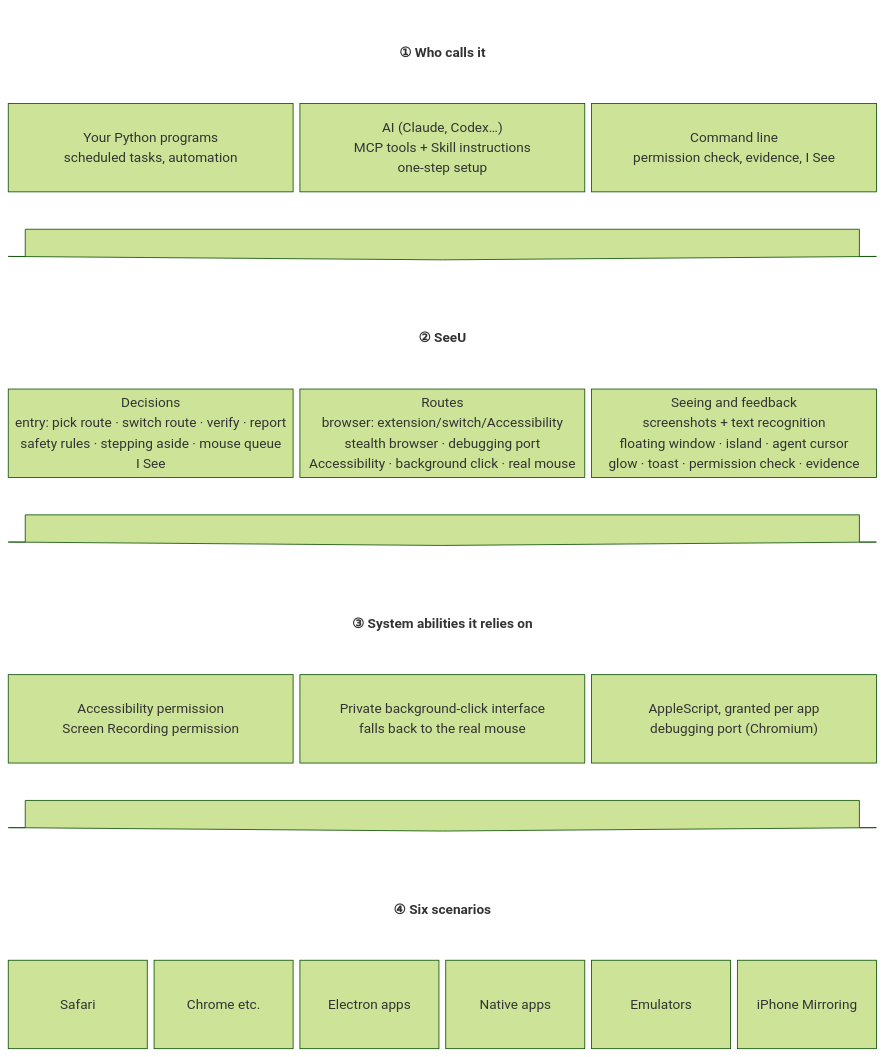
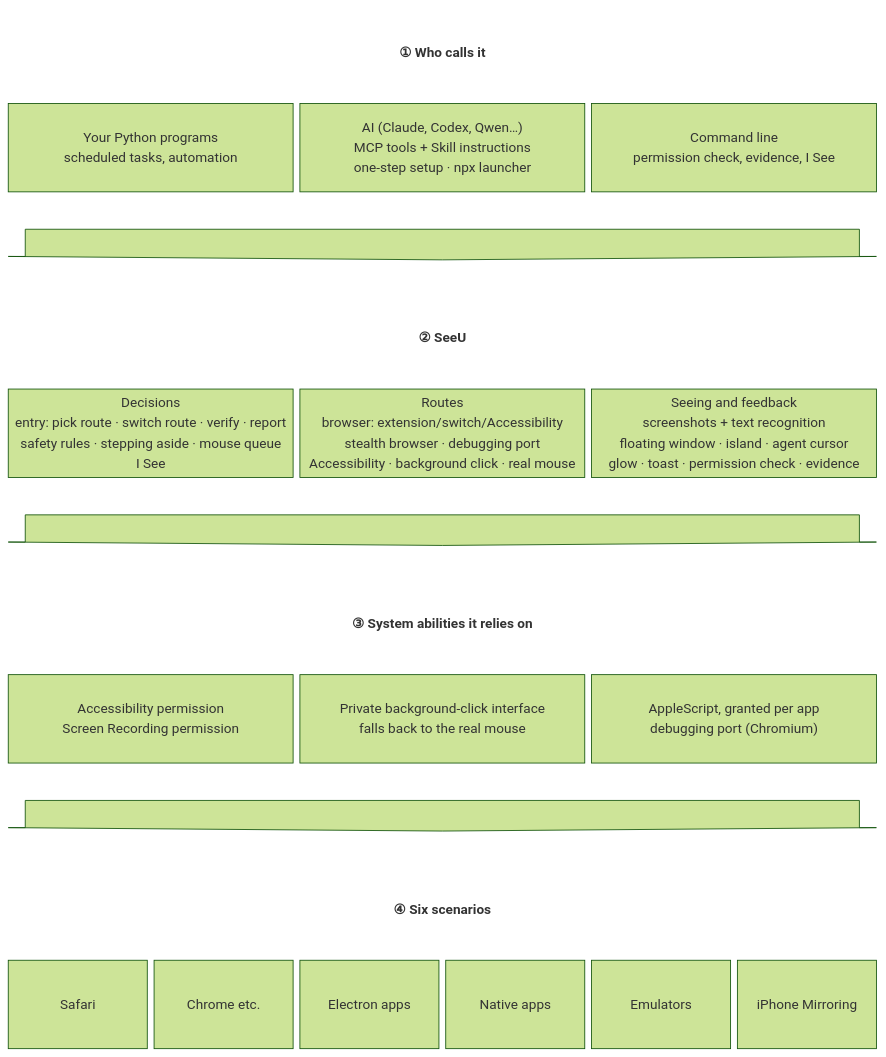
Before and after one commit to Mr-Bingoo/seeu-computeruse: the first of 13 diagrams in docs/SeeU-diagrams.md, drawn with Mermaid (forest theme). The commit also changed other lines of this file and 47 other files, not shown here.

````diff
--- a/docs/SeeU-diagrams.md
+++ b/docs/SeeU-diagrams.md
@@ -12,23 +16,23 @@
 ```mermaid
 block-beta
   columns 6
   H1["① Who calls it"]:6
   U1["Your Python programs<br/>scheduled tasks, automation"]:2
-  U2["AI (Claude, Codex…)<br/>MCP tools + Skill instructions<br/>one-step setup"]:2
+  U2["AI (Claude, Codex, Qwen…)<br/>MCP tools + Skill instructions<br/>one-step setup · npx launcher"]:2
   U3["Command line<br/>permission check, evidence, I See"]:2
   D1<["&nbsp;"]>(down):6
   H2["② SeeU"]:6
   J["Decisions<br/>entry: pick route · switch route · verify · report<br/>safety rules · stepping aside · mouse queue<br/>I See"]:2
   R["Routes<br/>browser: extension/switch/Accessibility<br/>stealth browser · debugging port<br/>Accessibility · background click · real mouse"]:2
   FB["Seeing and feedback<br/>screenshots + text recognition<br/>floating window · island · agent cursor<br/>glow · toast · permission check · evidence"]:2
   D2<["&nbsp;"]>(down):6
   H3["③ System abilities it relies on"]:6
   P1["Accessibility permission<br/>Screen Recording permission"]:2
   P3["Private background-click interface<br/>falls back to the real mouse"]:2
   P4["AppleScript, granted per app<br/>debugging port (Chromium)"]:2
   D3<["&nbsp;"]>(down):6
   H4["④ Six scenarios"]:6
   A1["Safari"] A2["Chrome etc."] A3["Electron apps"] A4["Native apps"] A5["Emulators"] A6["iPhone Mirroring"]
   classDef head fill:none,stroke:none,font-weight:bold
   class H1,H2,H3,H4 head
 ```
````
